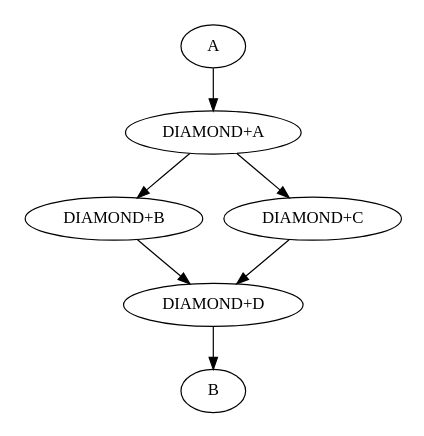
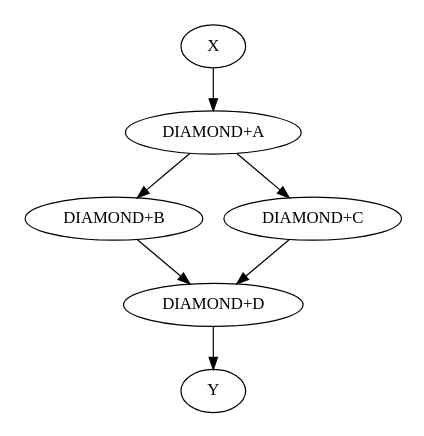
Before and after one commit to htcondor/htcondor: the diagram in doc/user-man/splice-simple.dot, drawn with Graphviz. The commit also changed 2 other files, not shown here.

```diff
--- a/doc/user-man/splice-simple.dot
+++ b/doc/user-man/splice-simple.dot
@@ -1,19 +1,19 @@
 digraph DAG {
 	size = "2,3"
 
     "DIAMOND+A" [shape=ellipse label="DIAMOND+A"];
     "DIAMOND+B" [shape=ellipse label="DIAMOND+B"];
     "DIAMOND+C" [shape=ellipse label="DIAMOND+C"];
     "DIAMOND+D" [shape=ellipse label="DIAMOND+D"];
 
-    "A" [shape=ellipse label="A"];
-    "B" [shape=ellipse label="B"];
+    "X" [shape=ellipse label="X"];
+    "Y" [shape=ellipse label="Y"];
 
 
-	"A" -> "DIAMOND+A";
+	"X" -> "DIAMOND+A";
     "DIAMOND+A" -> "DIAMOND+B";
     "DIAMOND+A" -> "DIAMOND+C";
     "DIAMOND+B" -> "DIAMOND+D";
     "DIAMOND+C" -> "DIAMOND+D";
-    "DIAMOND+D" -> "B";
+    "DIAMOND+D" -> "Y";
 }
```
